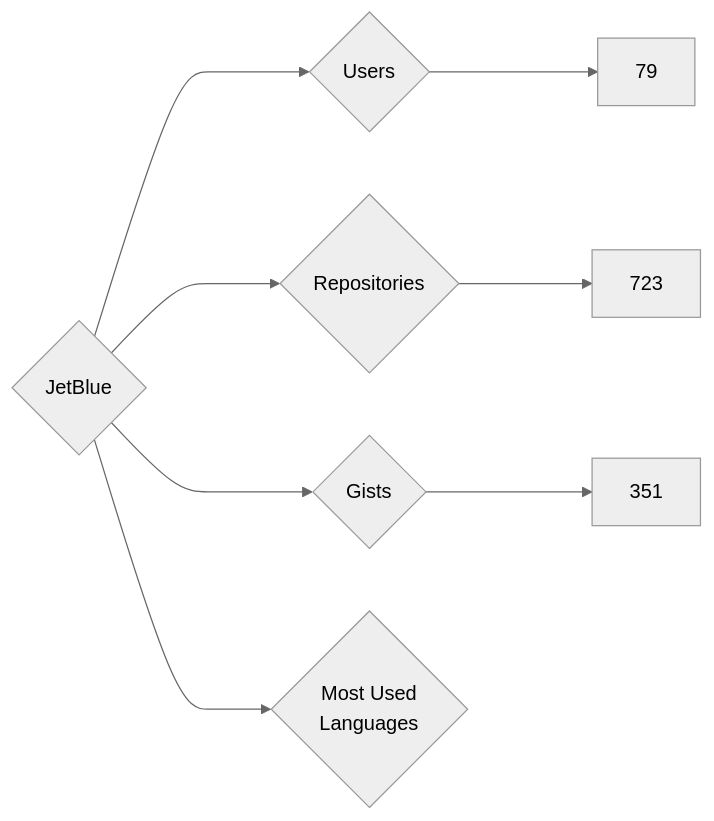
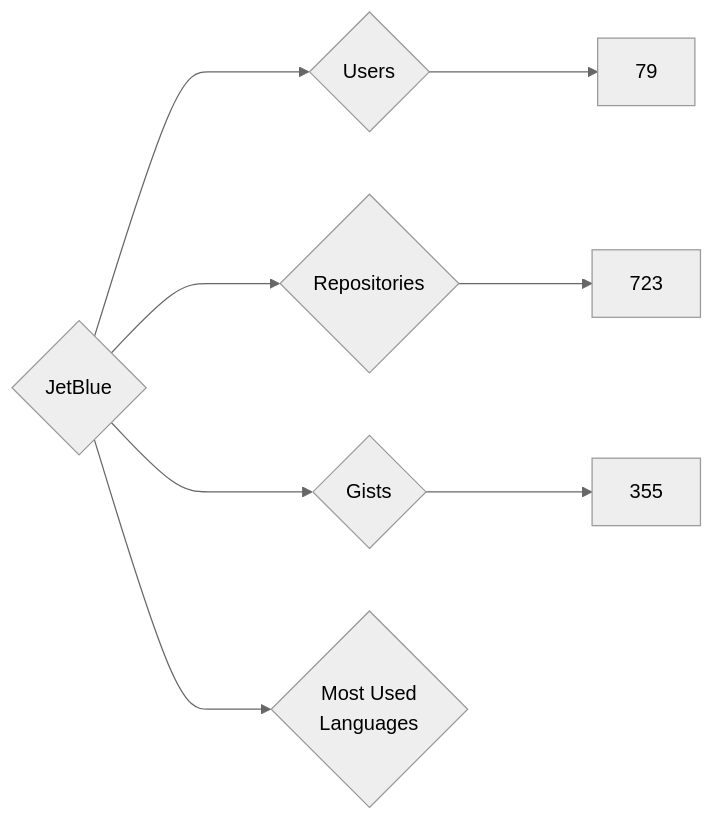
Before and after one commit to nenadzaric/insiders: the diagram in targets/JetBlue/README.md, drawn with Mermaid (neutral theme). The commit also changed 1342 other files, not shown here.

````diff
--- a/targets/JetBlue/README.md
+++ b/targets/JetBlue/README.md
@@ -3,8 +3,8 @@
 ```mermaid
 graph LR
 COMPANY_NAME{JetBlue}
 COMPANY_NAME ---> U{Users} ---> UN[79]
 COMPANY_NAME ---> R{Repositories} ---> RN[723]
-COMPANY_NAME ---> G{Gists} ---> GN[351]
+COMPANY_NAME ---> G{Gists} ---> GN[355]
 COMPANY_NAME ---> ML{Most Used<br>Languages}
 ```
````
